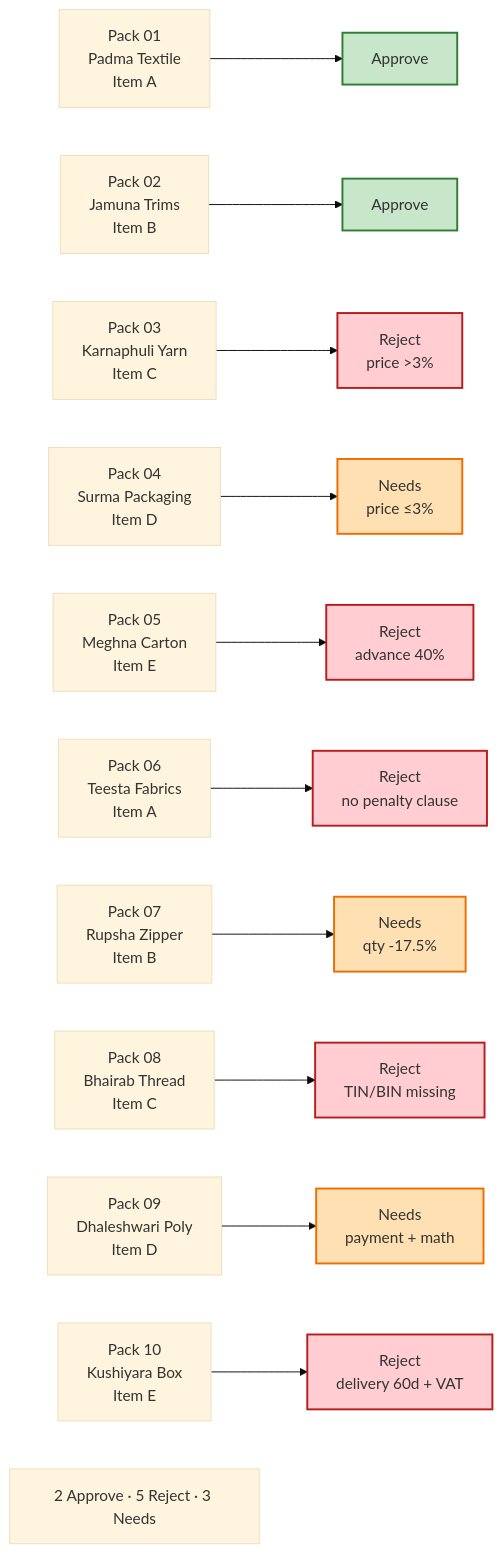
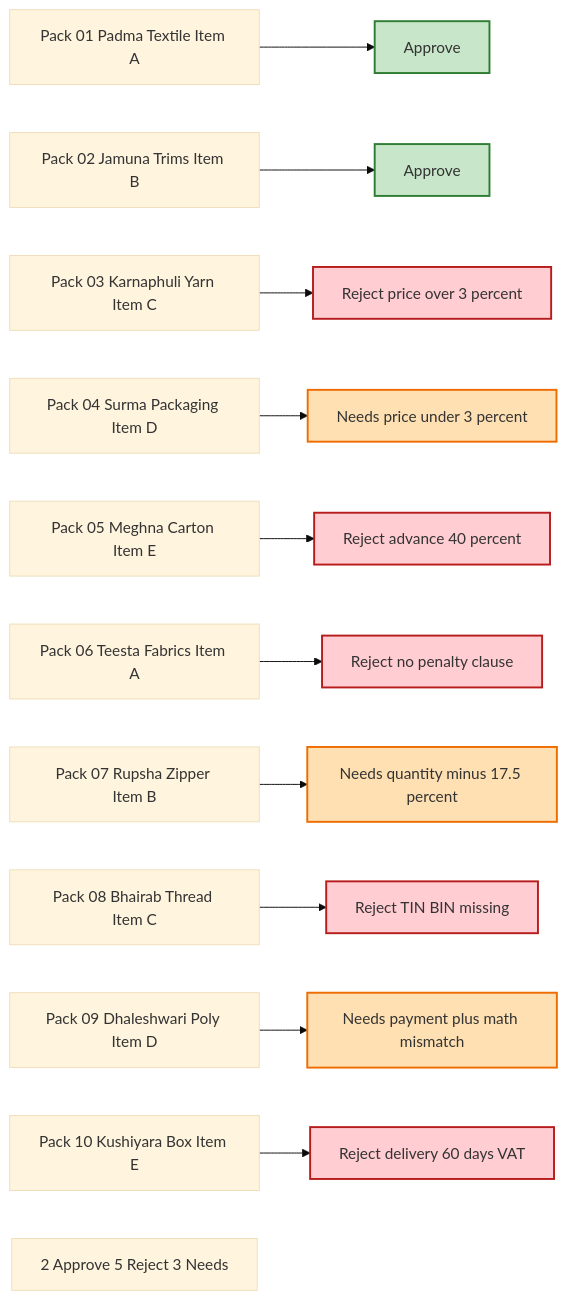
One commit to ArafathUIU/BIAI_Task1 changed the seventh of 7 diagrams in ARCHITECTURE.md. Above: the diagram before and after it, drawn with Mermaid (base theme). The commit also changed other lines of this file, not shown here.

Commit message:
Fix Mermaid diagram syntax errors in ARCHITECTURE.md

````diff
--- a/ARCHITECTURE.md
+++ b/ARCHITECTURE.md
@@ -249,23 +280,45 @@
 ```mermaid
 flowchart LR
     classDef approve fill:#c8e6c9,stroke:#2e7d32,stroke-width:2px
     classDef reject fill:#ffcdd2,stroke:#b71c1c,stroke-width:2px
     classDef needs fill:#ffe0b2,stroke:#ef6c00,stroke-width:2px
 
-    P01[Pack 01<br/>Padma Textile<br/>Item A] --> A1[Approve]
-    P02[Pack 02<br/>Jamuna Trims<br/>Item B] --> A2[Approve]
-    P03[Pack 03<br/>Karnaphuli Yarn<br/>Item C] --> R1[Reject<br/>price >3%]
-    P04[Pack 04<br/>Surma Packaging<br/>Item D] --> N1[Needs<br/>price ≤3%]
-    P05[Pack 05<br/>Meghna Carton<br/>Item E] --> R2[Reject<br/>advance 40%]
-    P06[Pack 06<br/>Teesta Fabrics<br/>Item A] --> R3[Reject<br/>no penalty clause]
-    P07[Pack 07<br/>Rupsha Zipper<br/>Item B] --> N2[Needs<br/>qty -17.5%]
-    P08[Pack 08<br/>Bhairab Thread<br/>Item C] --> R4[Reject<br/>TIN/BIN missing]
-    P09[Pack 09<br/>Dhaleshwari Poly<br/>Item D] --> N3[Needs<br/>payment + math]
-    P10[Pack 10<br/>Kushiyara Box<br/>Item E] --> R5[Reject<br/>delivery 60d + VAT]
+    P01[Pack 01 Padma Textile Item A]
+    P02[Pack 02 Jamuna Trims Item B]
+    P03[Pack 03 Karnaphuli Yarn Item C]
+    P04[Pack 04 Surma Packaging Item D]
+    P05[Pack 05 Meghna Carton Item E]
+    P06[Pack 06 Teesta Fabrics Item A]
+    P07[Pack 07 Rupsha Zipper Item B]
+    P08[Pack 08 Bhairab Thread Item C]
+    P09[Pack 09 Dhaleshwari Poly Item D]
+    P10[Pack 10 Kushiyara Box Item E]
 
-    Tally[2 Approve · 5 Reject · 3 Needs]
+    A1[Approve]
+    A2[Approve]
+    R1[Reject price over 3 percent]
+    N1[Needs price under 3 percent]
+    R2[Reject advance 40 percent]
+    R3[Reject no penalty clause]
+    N2[Needs quantity minus 17.5 percent]
+    R4[Reject TIN BIN missing]
+    N3[Needs payment plus math mismatch]
+    R5[Reject delivery 60 days VAT]
+
+    P01 --> A1
+    P02 --> A2
+    P03 --> R1
+    P04 --> N1
+    P05 --> R2
+    P06 --> R3
+    P07 --> N2
+    P08 --> R4
+    P09 --> N3
+    P10 --> R5
+
+    Tally[2 Approve 5 Reject 3 Needs]
 
     class A1,A2 approve
     class R1,R2,R3,R4,R5 reject
     class N1,N2,N3 needs
 ```
````
